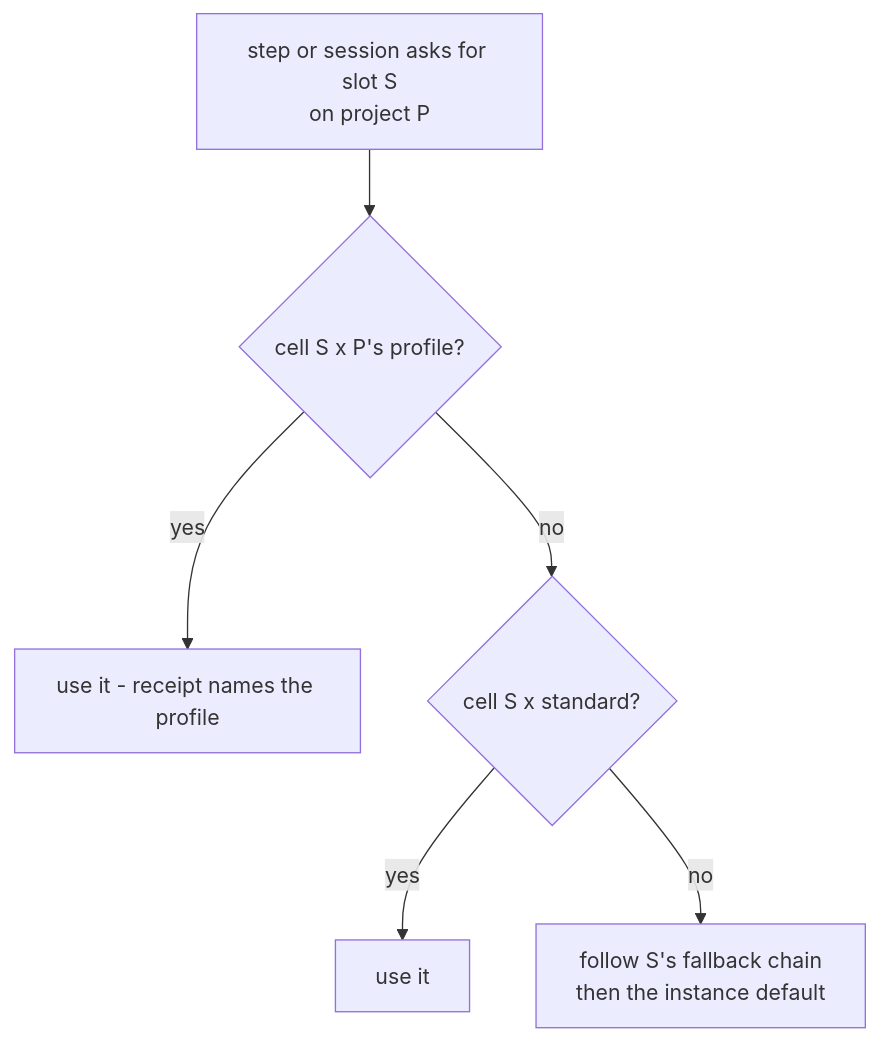
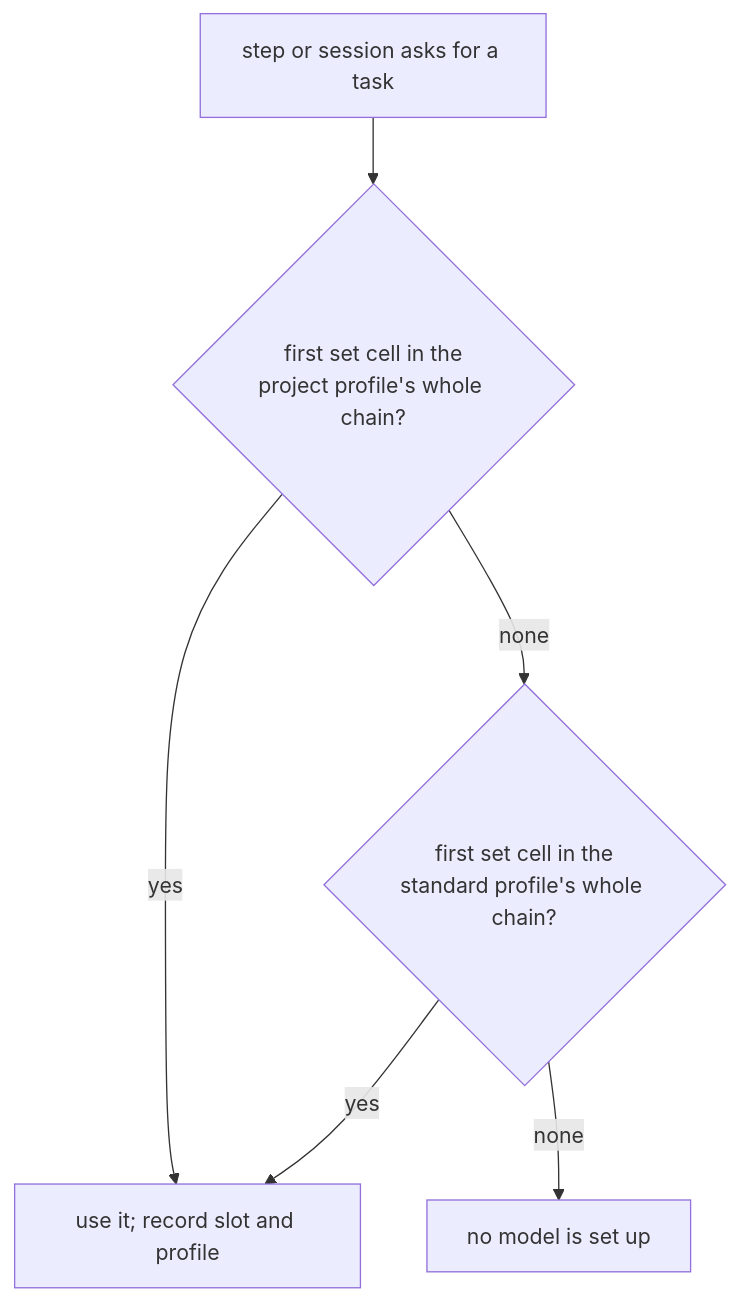
Before and after one commit to flokkit/apptown: the tenth of 14 diagrams in stock/docs/guides/architecture.md, drawn with Mermaid. The commit also changed other lines of this file and 32 other files, not shown here.

````diff
--- a/stock/docs/guides/architecture.md
+++ b/stock/docs/guides/architecture.md
@@ -457,8 +459,8 @@
 ```mermaid
 flowchart TD
-    Q[step or session asks for slot S<br/>on project P] --> PR{cell S x P's profile?}
-    PR -->|yes| USE2[use it - receipt names the profile]
-    PR -->|no| SD{cell S x standard?}
-    SD -->|yes| USE3[use it]
-    SD -->|no| FB[follow S's fallback chain<br/>then the instance default]
+    Q[step or session asks for a task] --> PR{first set cell in the<br/>project profile's whole chain?}
+    PR -->|yes| USE[use it; record slot and profile]
+    PR -->|none| SD{first set cell in the<br/>standard profile's whole chain?}
+    SD -->|yes| USE
+    SD -->|none| NO[no model is set up]
 ```
````
